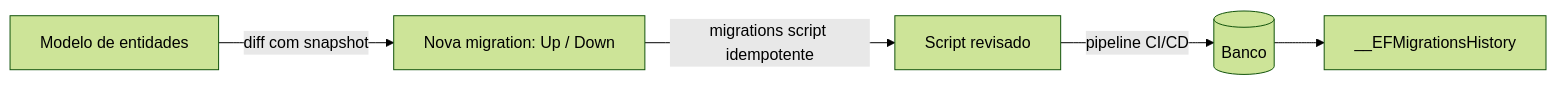
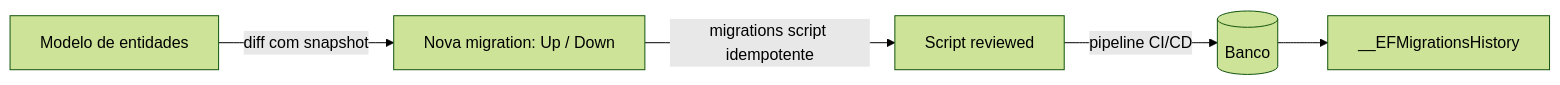
Before and after one commit to paulo673/software-engineer-reviews: the diagram in 03-ef-dapper-postgresql/migrations.md, drawn with Mermaid (forest theme). The commit also changed other lines of this file and 87 other files, not shown here.

````diff
--- a/03-ef-dapper-postgresql/migrations.md
+++ b/03-ef-dapper-postgresql/migrations.md
@@ -131,7 +131,7 @@
 ```mermaid
 flowchart LR
     M[Modelo de entidades] -->|diff com snapshot| MIG[Nova migration: Up / Down]
-    MIG -->|migrations script idempotente| SQL[Script revisado]
+    MIG -->|migrations script idempotente| SQL[Script reviewed]
     SQL -->|pipeline CI/CD| DB[(Banco)]
     DB --> H[__EFMigrationsHistory]
 ```
````
